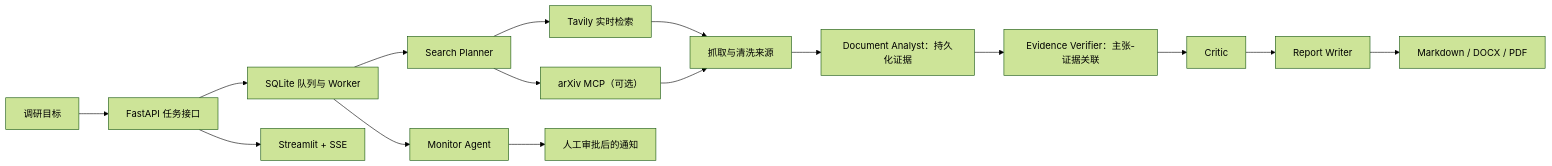
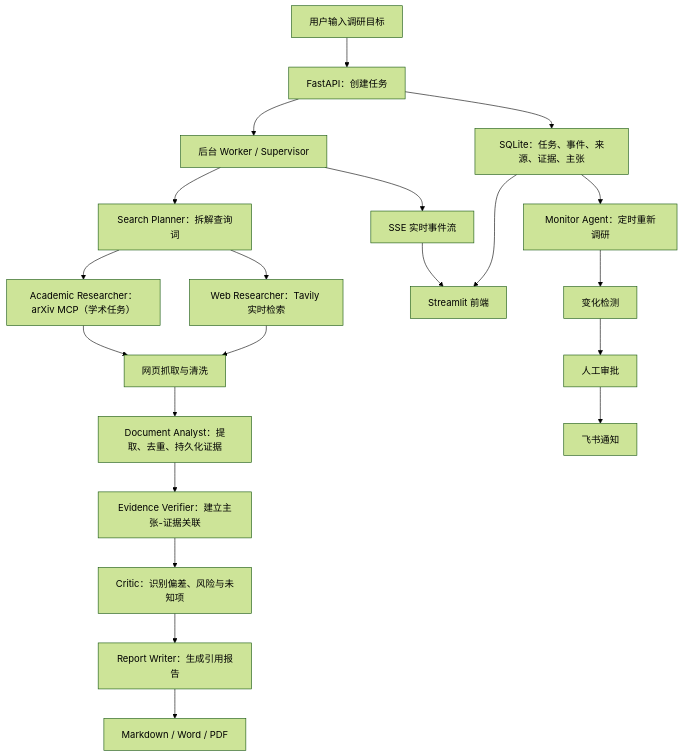
The diagram in README.md (TXXX-666/InsightPilot), drawn with Mermaid (forest theme) before and after one commit.

Commit message:
更改结构图

````diff
--- a/README.md
+++ b/README.md
@@ -21,18 +21,28 @@
 ```mermaid
-flowchart LR
-    U["调研目标"] --> API["FastAPI 任务接口"]
-    API --> Q["SQLite 队列与 Worker"]
-    Q --> P["Search Planner"]
-    P --> S["Tavily 实时检索"]
-    P --> A["arXiv MCP（可选）"]
-    S --> F["抓取与清洗来源"]
+flowchart TD
+    U["用户输入调研目标"] --> API["FastAPI：创建任务"]
+    API --> DB["SQLite：任务、事件、来源、证据、主张"]
+    API --> W["后台 Worker / Supervisor"]
+
+    W --> P["Search Planner：拆解查询词"]
+    P --> S["Web Researcher：Tavily 实时检索"]
+    P --> A["Academic Researcher：arXiv MCP（学术任务）"]
+
+    S --> F["网页抓取与清洗"]
     A --> F
-    F --> E["Document Analyst：持久化证据"]
-    E --> V["Evidence Verifier：主张-证据关联"]
-    V --> C["Critic"]
-    C --> R["Report Writer"]
-    R --> O["Markdown / DOCX / PDF"]
-    Q --> M["Monitor Agent"]
-    M --> N["人工审批后的通知"]
-    API --> UI["Streamlit + SSE"]
+    F --> D["Document Analyst：提取、去重、持久化证据"]
+
+    D --> V["Evidence Verifier：建立主张-证据关联"]
+    V --> C["Critic：识别偏差、风险与未知项"]
+    C --> R["Report Writer：生成引用报告"]
+    R --> X["Markdown / Word / PDF"]
+
+    DB --> UI["Streamlit 前端"]
+    W --> SSE["SSE 实时事件流"]
+    SSE --> UI
+
+    DB --> M["Monitor Agent：定时重新调研"]
+    M --> G["变化检测"]
+    G --> AP["人工审批"]
+    AP --> N["飞书通知"]
 ```
````
